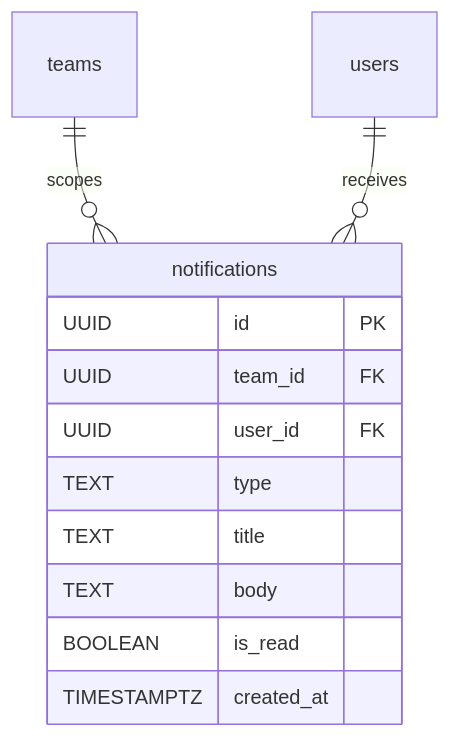
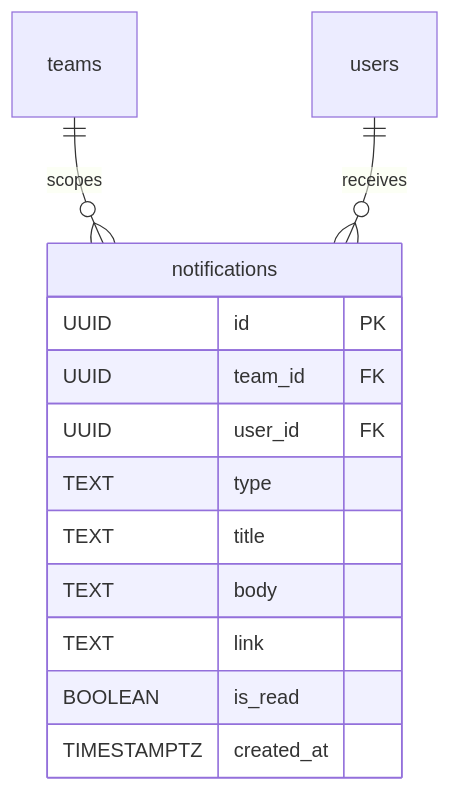
One commit to sideline-cz/sideline changed diagram 13 of 23 in docs/thesis/er-diagram.md. Above: the diagram before and after it, drawn with Mermaid. The commit also changed other lines of this file and 39 other files, not shown here.

````diff
--- a/docs/thesis/er-diagram.md
+++ b/docs/thesis/er-diagram.md
@@ -935,16 +935,17 @@
 ```mermaid
 erDiagram
     notifications {
         UUID id PK
         UUID team_id FK
         UUID user_id FK
         TEXT type
         TEXT title
         TEXT body
+        TEXT link
         BOOLEAN is_read
         TIMESTAMPTZ created_at
     }
 
     teams ||--o{ notifications : "scopes"
     users ||--o{ notifications : "receives"
 ```
````
